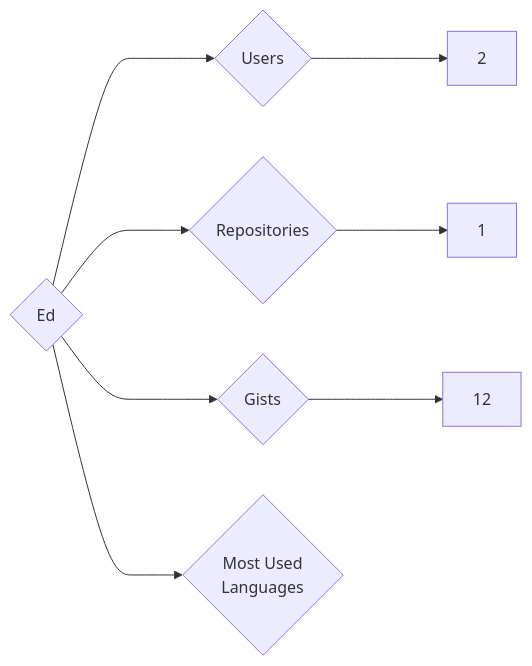
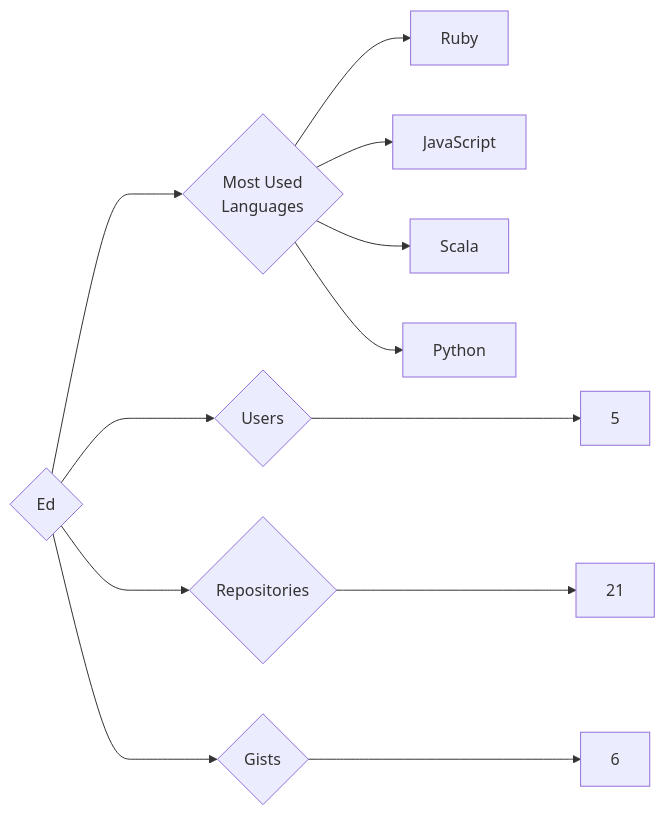
One commit to trickest/insiders changed the diagram in targets/Ed/README.md. Above: the diagram before and after it, drawn with Mermaid. The commit also changed 993 other files, not shown here.

````diff
--- a/targets/Ed/README.md
+++ b/targets/Ed/README.md
@@ -3,8 +3,12 @@
 ```mermaid
 graph LR
 COMPANY_NAME{Ed}
-COMPANY_NAME ---> U{Users} ---> UN[2]
-COMPANY_NAME ---> R{Repositories} ---> RN[1]
-COMPANY_NAME ---> G{Gists} ---> GN[12]
+COMPANY_NAME ---> U{Users} ---> UN[5]
+COMPANY_NAME ---> R{Repositories} ---> RN[21]
+COMPANY_NAME ---> G{Gists} ---> GN[6]
 COMPANY_NAME ---> ML{Most Used<br>Languages}
+ML --> Ruby[Ruby]
+ML --> JavaScript[JavaScript]
+ML --> Scala[Scala]
+ML --> Python[Python]
 ```
````
